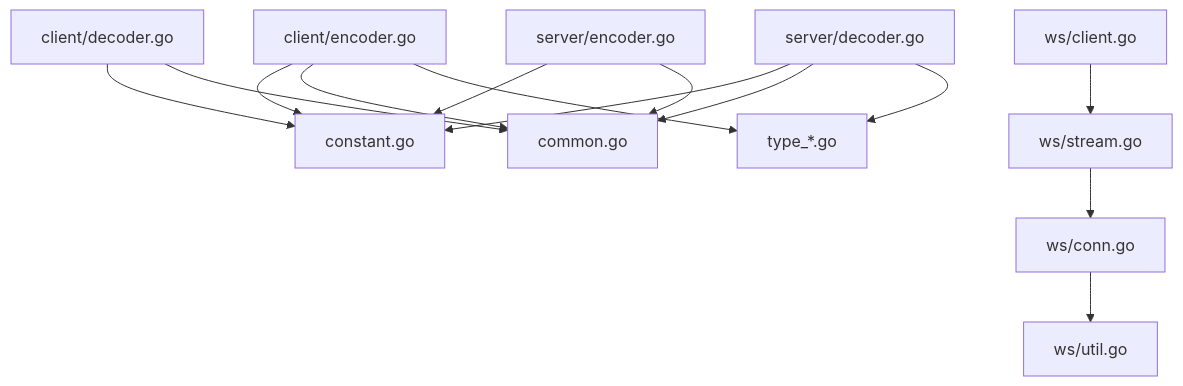
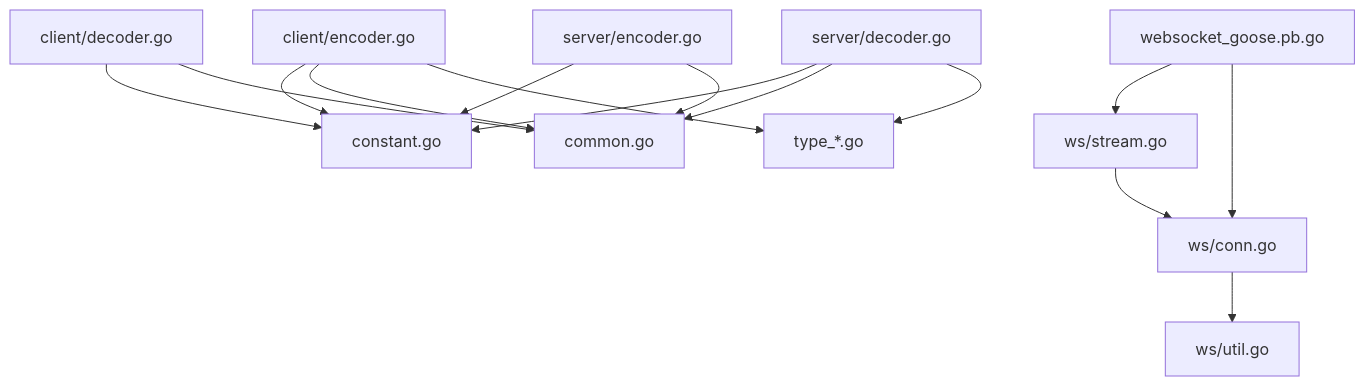
Diagram 11 of 11 in .agents/repowiki/zh/content/HTTP 服务器框架/编解码器系统.md (soyacen/goose), drawn with Mermaid before and after one commit. The commit also changed other lines of this file and 4 other files, not shown here.

````diff
--- a/.agents/repowiki/zh/content/HTTP 服务器框架/编解码器系统.md
+++ b/.agents/repowiki/zh/content/HTTP 服务器框架/编解码器系统.md
@@ -521,16 +516,17 @@
 ```mermaid
 graph TB
 CE["client/encoder.go"] --> Const["constant.go"]
 CE --> Common["common.go"]
 CE --> Types["type_*.go"]
 CD["client/decoder.go"] --> Const
 CD --> Common
 SE["server/encoder.go"] --> Const
 SE --> Common
 SD["server/decoder.go"] --> Const
 SD --> Common
 SD --> Types
 WS_Stream["ws/stream.go"] --> WS_Conn["ws/conn.go"]
-WS_Client["ws/client.go"] --> WS_Stream
 WS_Conn --> WS_Util["ws/util.go"]
+WS_Goose["websocket_goose.pb.go"] --> WS_Stream
+WS_Goose --> WS_Conn
 ```
````
